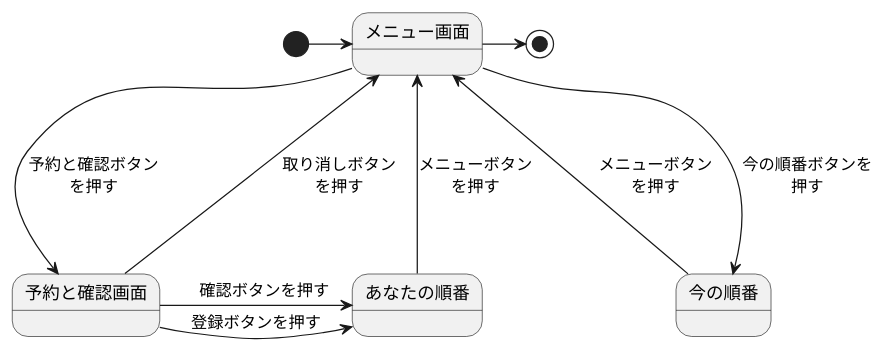
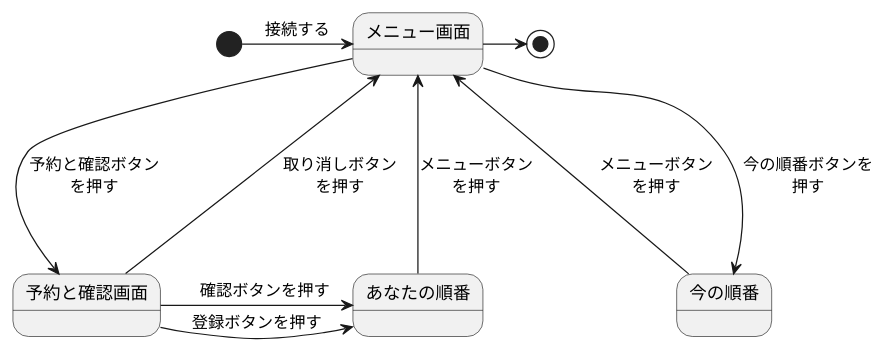
The diagram in 6/演習6-3_ステートマシン図_診察予約システム.pu (chibachibaibu2003/laughing-carnival), drawn with PlantUML before and after one commit.

Commit message:
演習6-3の修正

```diff
--- a/6/演習6-3_ステートマシン図_診察予約システム.pu
+++ b/6/演習6-3_ステートマシン図_診察予約システム.pu
@@ -1,11 +1,11 @@
 @startuml 演習6-3
-    [*]-right->メニュー画面
+    [*]-right->メニュー画面: 接続する
     メニュー画面--down->予約と確認画面: 予約と確認ボタン\nを押す
     メニュー画面<-up--予約と確認画面: 取り消しボタン\nを押す
     メニュー画面<-up--あなたの順番: メニューボタン\nを押す
     予約と確認画面--right->あなたの順番: 登録ボタンを押す
     予約と確認画面--right->あなたの順番:　確認ボタンを押す
     メニュー画面<-up--今の順番: メニューボタン\nを押す
     メニュー画面--down->今の順番: 今の順番ボタンを\n押す
     メニュー画面-right->[*]
 @enduml
```
